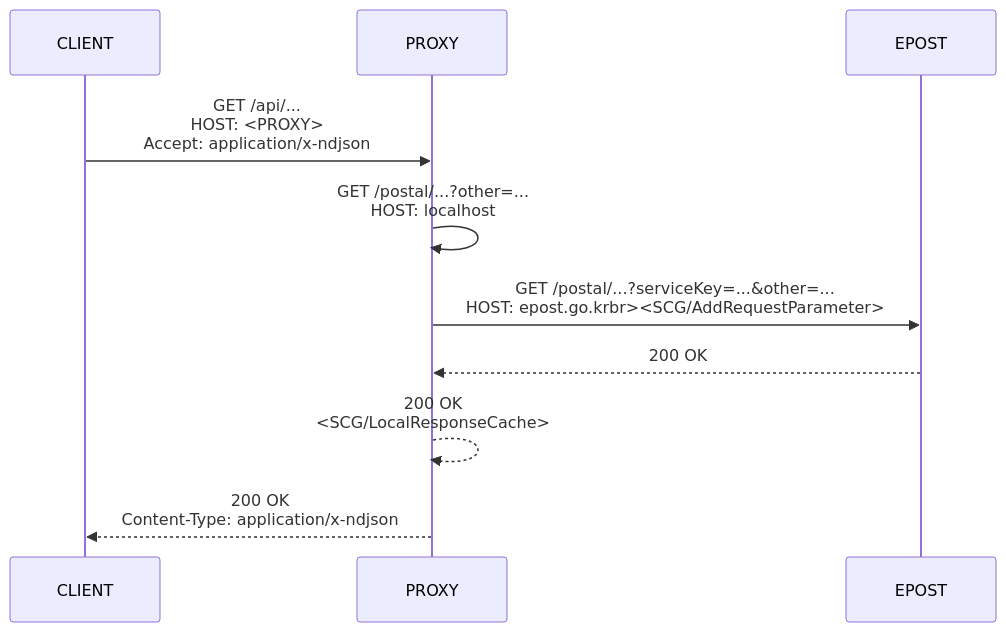
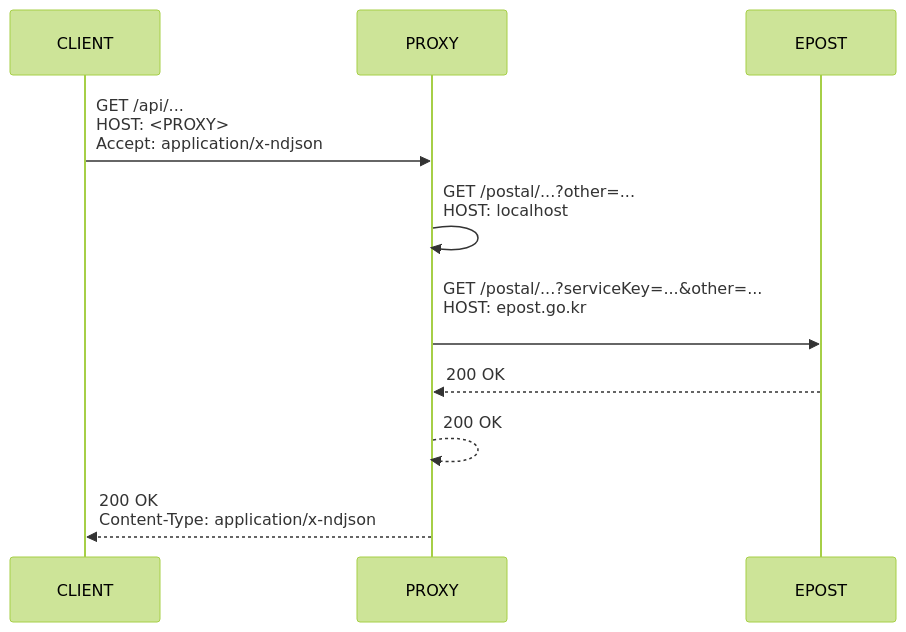
One commit to jinahya/epost-openapi-proxy changed the third of 3 diagrams in README.md. Above: the diagram before and after it, drawn with Mermaid.

````diff
--- a/README.md
+++ b/README.md
@@ -38,10 +38,10 @@
 ```mermaid
-%%{init: { 'sequence': {'messageAlign': 'left', "fontFamily": "monospace" }}%%
+%%{init: { 'theme': 'forest', 'sequence': {'messageAlign': 'left', "fontFamily": "monospace", 'theme': 'dark'} }}%%
 sequenceDiagram
     CLIENT->>PROXY: GET /api/...<br>HOST: <PROXY><br>Accept: application/x-ndjson
     PROXY->>PROXY: GET /postal/...?other=...<br>HOST: localhost
-    PROXY->>EPOST: GET /postal/...?serviceKey=...&other=...<br>HOST: epost.go.krbr><SCG/AddRequestParameter>
+    PROXY->>EPOST: GET /postal/...?serviceKey=...&other=...<br>HOST: epost.go.kr<br>
     EPOST-->>PROXY: 200 OK
-    PROXY-->>PROXY: 200 OK<br><SCG/LocalResponseCache>
+    PROXY-->>PROXY: 200 OK
     PROXY-->>CLIENT: 200 OK<br>Content-Type: application/x-ndjson
 ```
````
